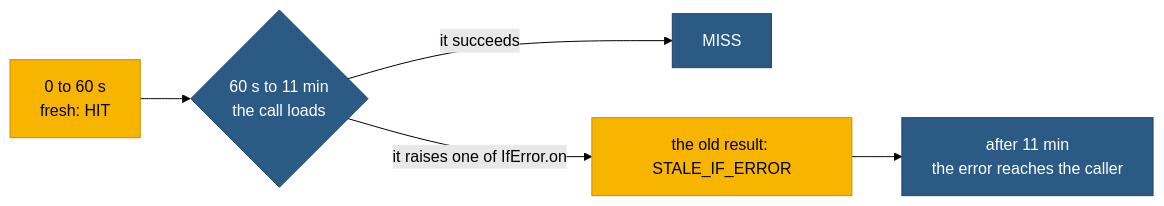
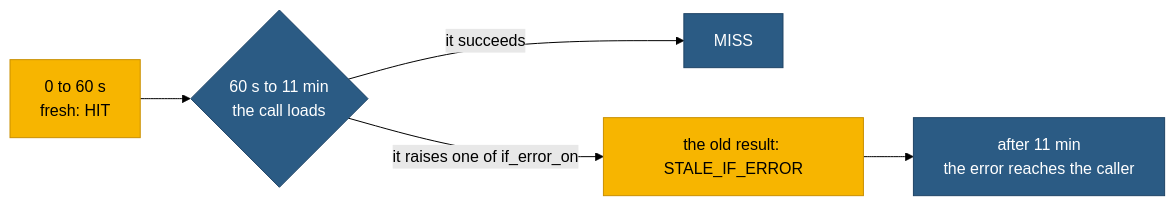
One commit to eugeneliukindev/pashe changed the second of 3 diagrams in docs/guides/failures/stale.md. Above: the diagram before and after it, drawn with Mermaid (forest theme). The commit also changed other lines of this file and 103 other files, not shown here.

````diff
--- a/docs/guides/failures/stale.md
+++ b/docs/guides/failures/stale.md
@@ -68,11 +68,11 @@
 ```mermaid
 flowchart LR
     fresh["0 to 60 s<br/>fresh: HIT"] --> load{"60 s to 11 min<br/>the call loads"}
     load -- "it succeeds" --> stored["MISS"]
-    load -- "it raises one of IfError.on" --> stale["the old result: STALE_IF_ERROR"]
+    load -- "it raises one of if_error_on" --> stale["the old result: STALE_IF_ERROR"]
     stale --> gone["after 11 min<br/>the error reaches the caller"]
     classDef fromCache fill:#f7b500,color:#000000,stroke:#c98f00
     classDef fromSource fill:#2b5b84,color:#ffffff,stroke:#1f4466
     class fresh,stale fromCache
     class load,stored,gone fromSource
 ```
````
